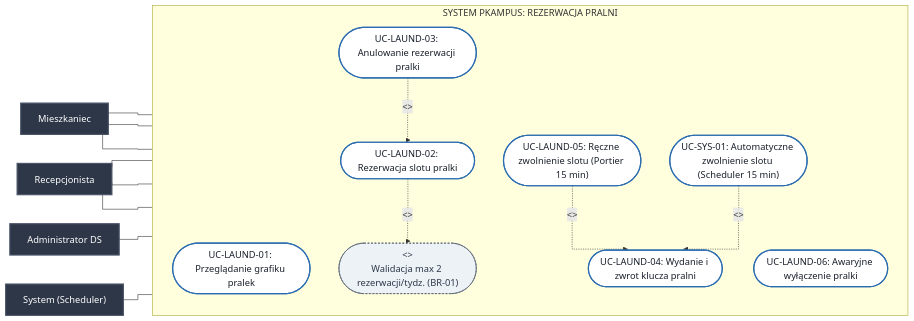
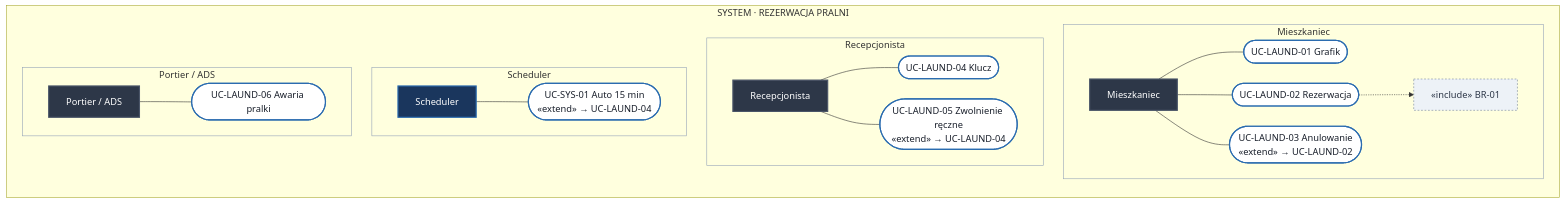
One commit to Buczy8/PKampus changed the fourth of 9 diagrams in Docs/Diagramy_Przypadkow_Uzycia.md. Above: the diagram before and after it, drawn with Mermaid. The commit also changed other lines of this file and 7 other files, not shown here.

````diff
--- a/Docs/Diagramy_Przypadkow_Uzycia.md
+++ b/Docs/Diagramy_Przypadkow_Uzycia.md
@@ -142,40 +122,42 @@
 ```mermaid
-%%{init: {'flowchart': {'curve': 'stepBefore'}}}%%
-flowchart LR
-    classDef actorStyle fill:#2d3748,stroke:#4a5568,stroke-width:2px,color:#fff;
-    classDef ucStyle fill:#fff,stroke:#2b6cb0,stroke-width:2px,color:#1a202c;
-    classDef subUcStyle fill:#edf2f7,stroke:#4a5568,stroke-width:1px,stroke-dasharray: 3 3,color:#2d3748;
+%%{init: {'flowchart': {'curve': 'basis', 'nodeSpacing': 35, 'rankSpacing': 40}}}%%
+flowchart TB
+    classDef actor fill:#2d3748,stroke:#4a5568,stroke-width:2px,color:#fff;
+    classDef uc fill:#fff,stroke:#2b6cb0,stroke-width:2px,color:#1a202c;
+    classDef inc fill:#edf2f7,stroke:#718096,stroke-width:1px,stroke-dasharray:3 3,color:#2d3748;
+    classDef sys fill:#1a365d,stroke:#2b6cb0,stroke-width:2px,color:#fff;
+    classDef abs fill:#4a5568,stroke:#718096,stroke-width:2px,color:#fff,stroke-dasharray:4 4;
+    classDef lane fill:transparent,stroke:#cbd5e1,stroke-width:1px,color:#64748b;
+    subgraph LAU["SYSTEM · REZERWACJA PRALNI"]
+        direction TB
 
-    Student["Mieszkaniec"]:::actorStyle
+        subgraph L1["Mieszkaniec"]
+            direction LR
+            S["Mieszkaniec"]:::actor --- U01(["UC-LAUND-01 Grafik"]):::uc
+            S --- U02(["UC-LAUND-02 Rezerwacja"]):::uc
+            S --- U03(["UC-LAUND-03 Anulowanie<br/>«extend» → UC-LAUND-02"]):::uc
+            U02 -.-> I01["«include» BR-01"]:::inc
+        end
 
-    subgraph System_Laundry ["SYSTEM PKAMPUS: REZERWACJA PRALNI"]
-        direction TB
-        UC_LAUND_01(["UC-LAUND-01: Przeglądanie grafiku pralek"]):::ucStyle
-        UC_LAUND_02(["UC-LAUND-02: Rezerwacja slotu pralki"]):::ucStyle
-        UC_INC_BR01(["<<include>><br/>Walidacja max 2 rezerwacji/tydz. (BR-01)"]):::subUcStyle
-        UC_LAUND_03(["UC-LAUND-03: Anulowanie rezerwacji pralki"]):::ucStyle
-        UC_LAUND_04(["UC-LAUND-04: Wydanie i zwrot klucza pralni"]):::ucStyle
-        UC_LAUND_05(["UC-LAUND-05: Ręczne zwolnienie slotu (Portier 15 min)"]):::ucStyle
-        UC_LAUND_06(["UC-LAUND-06: Awaryjne wyłączenie pralki"]):::ucStyle
-        UC_SYS_01(["UC-SYS-01: Automatyczne zwolnienie slotu (Scheduler 15 min)"]):::ucStyle
+        subgraph L2["Recepcjonista"]
+            direction LR
+            P["Recepcjonista"]:::actor --- U04(["UC-LAUND-04 Klucz"]):::uc
+            P --- U05(["UC-LAUND-05 Zwolnienie ręczne<br/>«extend» → UC-LAUND-04"]):::uc
+        end
 
-        UC_LAUND_02 -.->|"<<include>>"| UC_INC_BR01
-        UC_LAUND_03 -.->|"<<extend>>"| UC_LAUND_02
-        UC_LAUND_05 -.->|"<<extend>>"| UC_LAUND_04
-        UC_SYS_01 -.->|"<<extend>>"| UC_LAUND_04
+        subgraph L3["Scheduler"]
+            direction LR
+            Sy["Scheduler"]:::sys --- U06(["UC-SYS-01 Auto 15 min<br/>«extend» → UC-LAUND-04"]):::uc
+        end
+
+        subgraph L4["Portier / ADS"]
+            direction LR
+            St["Portier / ADS"]:::actor --- U07(["UC-LAUND-06 Awaria pralki"]):::uc
+        end
     end
 
-    Portier["Recepcjonista"]:::actorStyle
-    AdminDS["Administrator DS"]:::actorStyle
-    Sys["System (Scheduler)"]:::actorStyle
-
-    Student --- UC_LAUND_01
-    Student --- UC_LAUND_02
-    Student --- UC_LAUND_03
-
-    Portier --- UC_LAUND_04
-    Portier --- UC_LAUND_05
-    Portier --- UC_LAUND_06
-    AdminDS --- UC_LAUND_06
-    Sys --- UC_SYS_01
+    style L1 fill:transparent,stroke:#94a3b8
+    style L2 fill:transparent,stroke:#94a3b8
+    style L3 fill:transparent,stroke:#94a3b8
+    style L4 fill:transparent,stroke:#94a3b8
 ```
````
